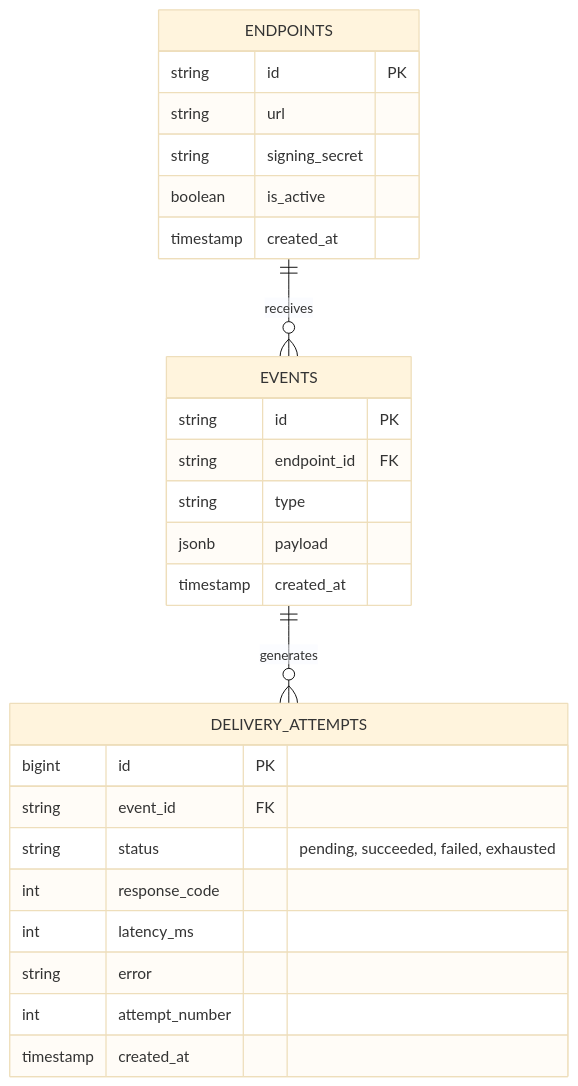
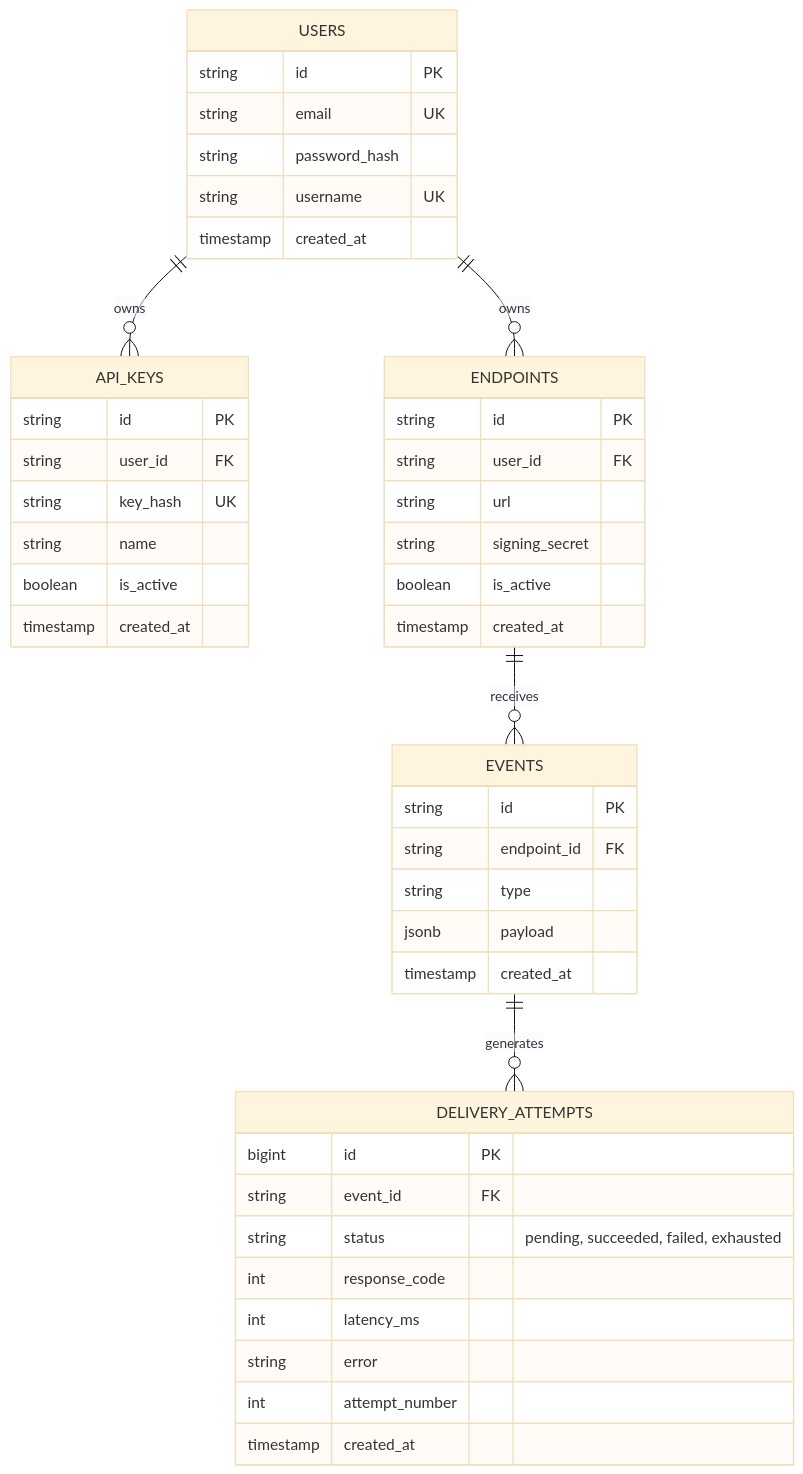
Before and after one commit to OmkumarMangukiya/continew: the third of 3 diagrams in ARCHITECTURE.md, drawn with Mermaid (base theme). The commit also changed other lines of this file and 53 other files, not shown here.

````diff
--- a/ARCHITECTURE.md
+++ b/ARCHITECTURE.md
@@ -93,32 +122,52 @@
 ```mermaid
 erDiagram
+    USERS {
+        string id PK
+        string email UK
+        string password_hash
+        string username UK
+        timestamp created_at
+    }
+
+    API_KEYS {
+        string id PK
+        string user_id FK
+        string key_hash UK
+        string name
+        boolean is_active
+        timestamp created_at
+    }
+
     ENDPOINTS {
         string id PK
+        string user_id FK
         string url
         string signing_secret
         boolean is_active
         timestamp created_at
     }
     
     EVENTS {
         string id PK
         string endpoint_id FK
         string type
         jsonb payload
         timestamp created_at
     }
     
     DELIVERY_ATTEMPTS {
         bigint id PK
         string event_id FK
         string status "pending, succeeded, failed, exhausted"
         int response_code
         int latency_ms
         string error
         int attempt_number
         timestamp created_at
     }
 
+    USERS ||--o{ API_KEYS : "owns"
+    USERS ||--o{ ENDPOINTS : "owns"
     ENDPOINTS ||--o{ EVENTS : "receives"
     EVENTS ||--o{ DELIVERY_ATTEMPTS : "generates"
 ```
````
